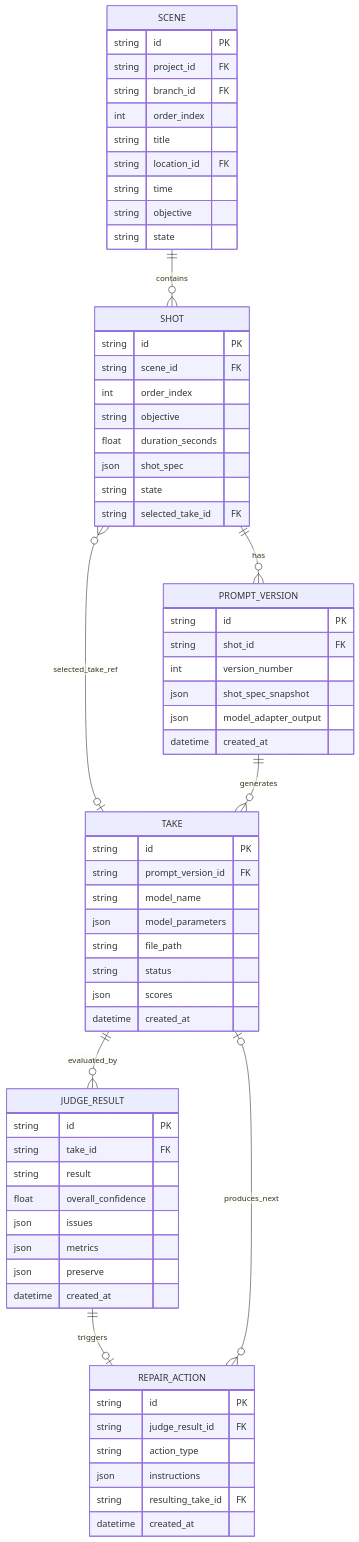
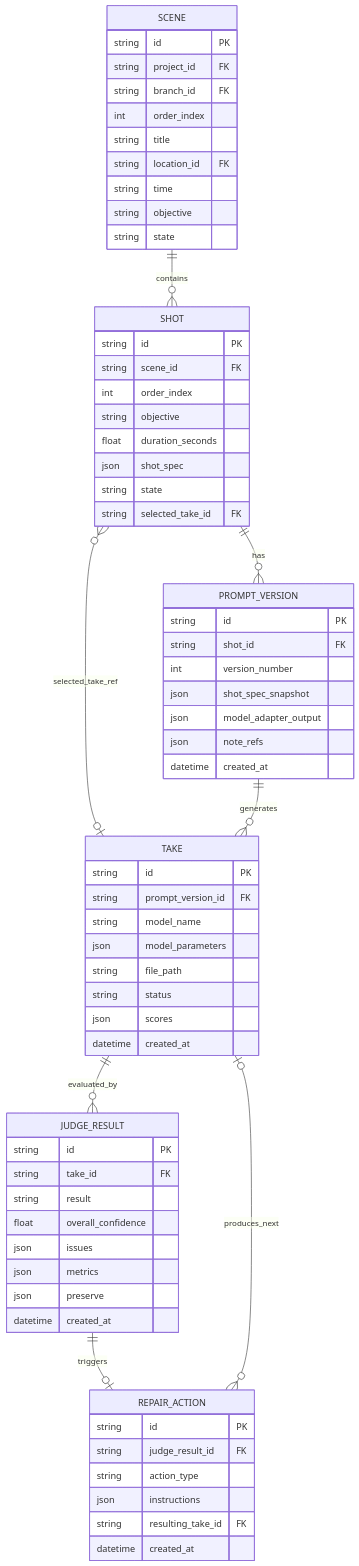
One commit to ousiassllc/mam changed the second of 6 diagrams in spec/architecture/er.md. Above: the diagram before and after it, drawn with Mermaid. The commit also changed other lines of this file and 5 other files, not shown here.

````diff
--- a/spec/architecture/er.md
+++ b/spec/architecture/er.md
@@ -92,68 +97,69 @@
 ```mermaid
 erDiagram
     SCENE ||--o{ SHOT : contains
     SHOT ||--o{ PROMPT_VERSION : has
     SHOT }o--o| TAKE : selected_take_ref
     PROMPT_VERSION ||--o{ TAKE : generates
     TAKE ||--o{ JUDGE_RESULT : evaluated_by
     JUDGE_RESULT ||--o| REPAIR_ACTION : triggers
     REPAIR_ACTION }o--o| TAKE : produces_next
 
     SCENE {
         string id PK
         string project_id FK
         string branch_id FK
         int order_index
         string title
         string location_id FK
         string time
         string objective
         string state
     }
     SHOT {
         string id PK
         string scene_id FK
         int order_index
         string objective
         float duration_seconds
         json shot_spec
         string state
         string selected_take_id FK
     }
     PROMPT_VERSION {
         string id PK
         string shot_id FK
         int version_number
         json shot_spec_snapshot
         json model_adapter_output
+        json note_refs
         datetime created_at
     }
     TAKE {
         string id PK
         string prompt_version_id FK
         string model_name
         json model_parameters
         string file_path
         string status
         json scores
         datetime created_at
     }
     JUDGE_RESULT {
         string id PK
         string take_id FK
         string result
         float overall_confidence
         json issues
         json metrics
         json preserve
         datetime created_at
     }
     REPAIR_ACTION {
         string id PK
         string judge_result_id FK
         string action_type
         json instructions
         string resulting_take_id FK
         datetime created_at
     }
 ```
````
